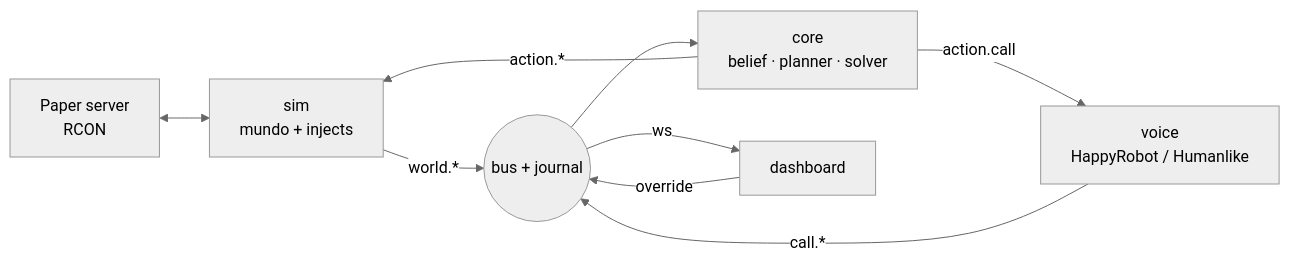
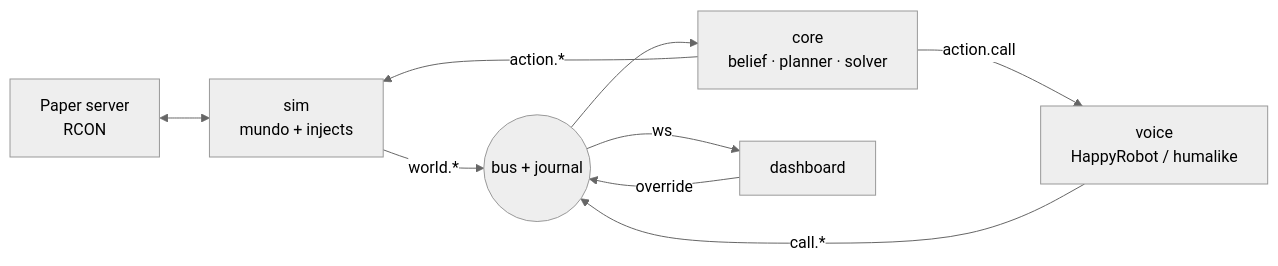
One commit to CarlosCaoLopez/HACKSPAIN-2026 changed the diagram in docs/backbone.md. Above: the diagram before and after it, drawn with Mermaid (neutral theme). The commit also changed other lines of this file and 8 other files, not shown here.

````diff
--- a/docs/backbone.md
+++ b/docs/backbone.md
@@ -104,11 +104,11 @@
 ```mermaid
 flowchart LR
   MC[Paper server<br/>RCON] <--> SIM[sim<br/>mundo + injects]
   SIM -->|world.*| BUS((bus + journal))
-  VOICE[voice<br/>HappyRobot / Humanlike] -->|call.*| BUS
+  VOICE[voice<br/>HappyRobot / humalike] -->|call.*| BUS
   BUS --> CORE[core<br/>belief · planner · solver]
   CORE -->|action.*| SIM
   CORE -->|action.call| VOICE
   BUS -->|ws| DASH[dashboard]
   DASH -->|override| BUS
 ```
````
